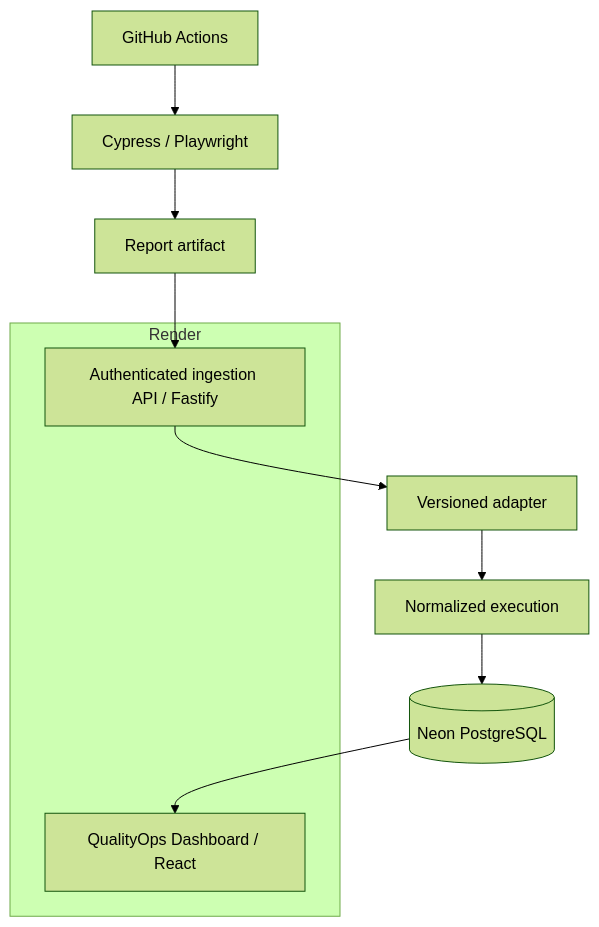
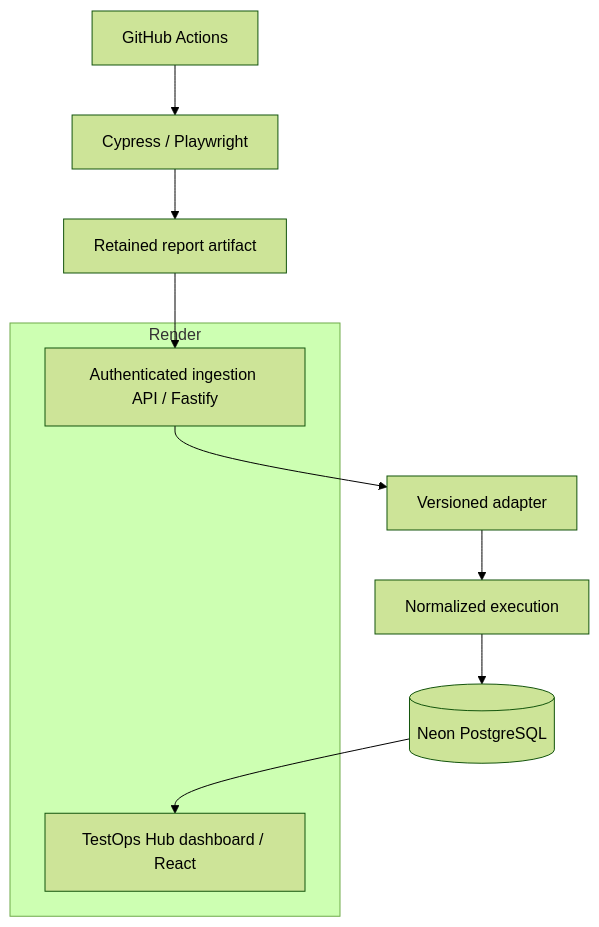
Before and after one commit to luanaabastos/qualityops-hub: the diagram in README.md, drawn with Mermaid (forest theme). The commit also changed other lines of this file and 11 other files, not shown here.

Commit message:
docs(branding): explain TestOps Hub positioning

````diff
--- a/README.md
+++ b/README.md
@@ -39,16 +68,16 @@
 ```mermaid
 flowchart TD
   Actions[GitHub Actions]
   Runners[Cypress / Playwright]
-  Report[Report artifact]
+  Report[Retained report artifact]
   Adapter[Versioned adapter]
   Execution[Normalized execution]
   Database[(Neon PostgreSQL)]
 
   subgraph Render
     API[Authenticated ingestion API / Fastify]
-    Dashboard[QualityOps Dashboard / React]
+    Dashboard[TestOps Hub dashboard / React]
   end
 
   Actions --> Runners --> Report --> API --> Adapter --> Execution --> Database --> Dashboard
 ```
````
